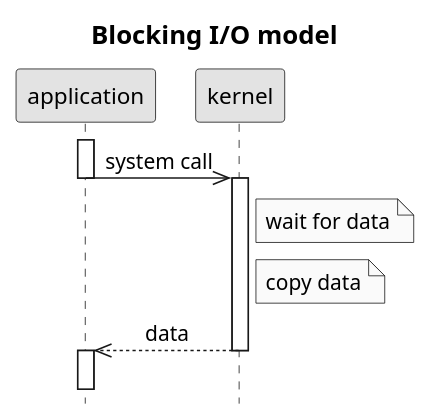
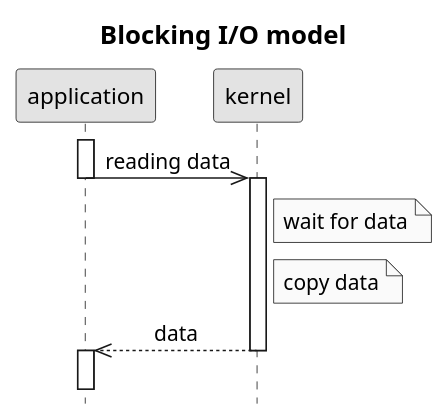
One commit to c0p4c4b4n4/demo-sockets-io-nio-nio2 changed the diagram in .images/blocking IO model.puml. Above: the diagram before and after it, drawn with PlantUML. The commit also changed 4 other files, not shown here.

```diff
--- a/.images/blocking IO model.puml
+++ b/.images/blocking IO model.puml
@@ -1,18 +1,18 @@
 @startuml
 title Blocking I/O model
 hide footbox
 skinparam monochrome true
 skinparam defaultFontName Arial
 skinparam titleFontSize 16
 skinparam sequenceMessageAlign center
 activate application
-application->>kernel: system call
+application->>kernel: reading data
 deactivate application
 activate kernel
 Note right of kernel: wait for data
 Note right of kernel: copy data
 kernel-->>application: data
 deactivate kernel
 activate application
 ||15||
 @enduml
```
